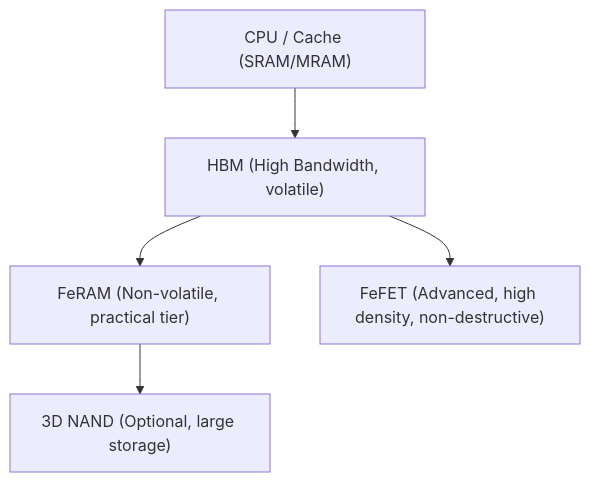
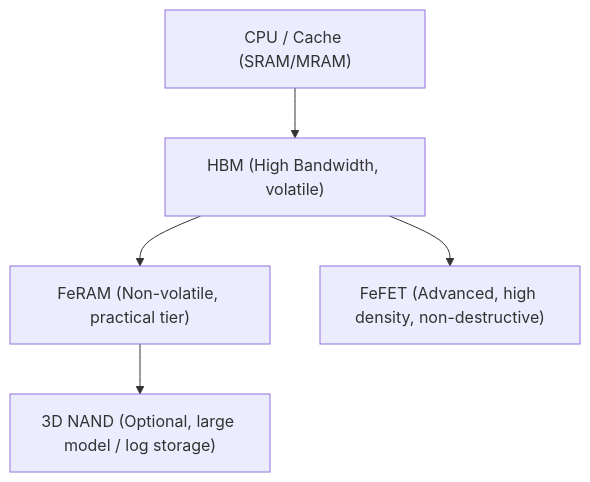
Before and after one commit to Samizo-AITL/Edusemi-Plus: the second of 2 diagrams in archive/in2001/VSRAM_2001.md, drawn with Mermaid. The commit also changed other lines of this file, not shown here.

````diff
--- a/archive/in2001/VSRAM_2001.md
+++ b/archive/in2001/VSRAM_2001.md
@@ -142,11 +144,11 @@
 ```mermaid
 flowchart TD
     CPU["CPU / Cache (SRAM/MRAM)"]
     HBM["HBM (High Bandwidth, volatile)"]
     FeRAM["FeRAM (Non-volatile, practical tier)"]
     FeFET["FeFET (Advanced, high density, non-destructive)"]
-    NAND["3D NAND (Optional, large storage)"]
+    NAND["3D NAND (Optional, large model / log storage)"]
 
     CPU --> HBM --> FeRAM --> NAND
     HBM --> FeFET
 ```
````
